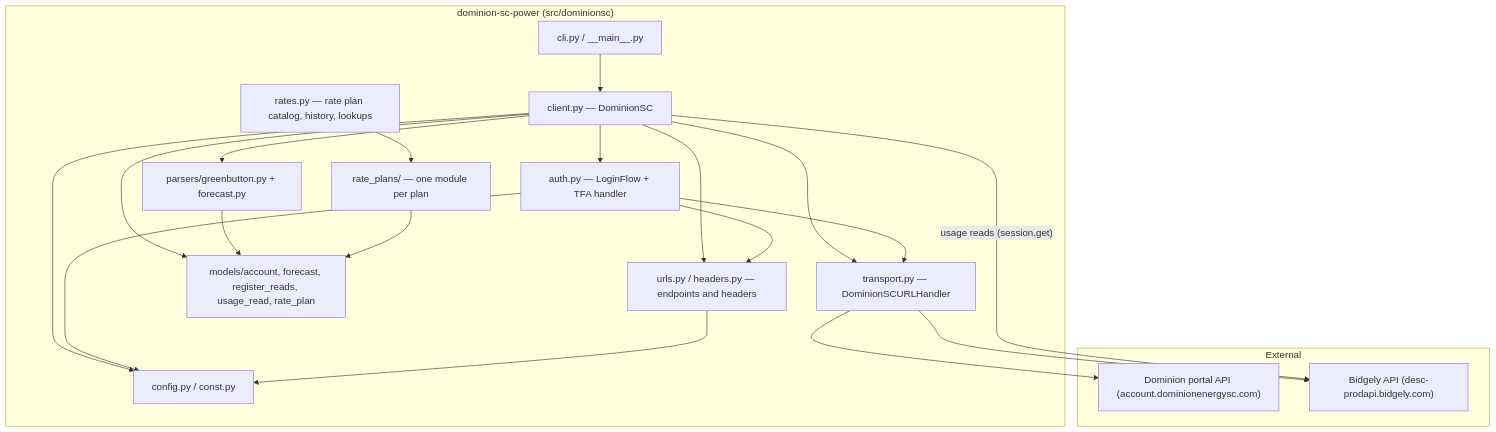
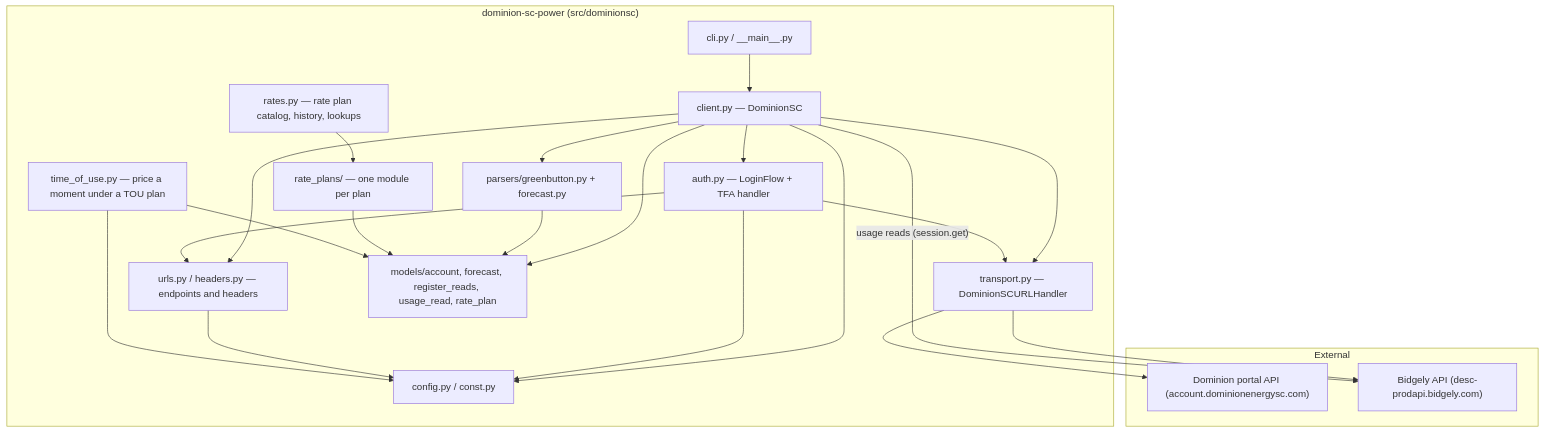
The diagram in docs/architecture/01-overview.md (hype8912/dominion-sc-power), drawn with Mermaid before and after one commit. The commit also changed other lines of this file and 9 other files, not shown here.

````diff
--- a/docs/architecture/01-overview.md
+++ b/docs/architecture/01-overview.md
@@ -19,39 +19,42 @@
 ```mermaid
 flowchart TB
     subgraph External
         Dominion_API["Dominion portal API (account.dominionenergysc.com)"]
         Bidgely_API["Bidgely API (desc-prodapi.bidgely.com)"]
     end
 
     subgraph Library["dominion-sc-power (src/dominionsc)"]
         CLI["cli.py / __main__.py"]
         Client["client.py — DominionSC"]
         Auth["auth.py — LoginFlow + TFA handler"]
         Transport["transport.py — DominionSCURLHandler"]
         URLs["urls.py / headers.py — endpoints and headers"]
         Parsers["parsers/greenbutton.py + forecast.py"]
         Models["models/account, forecast, register_reads, usage_read, rate_plan"]
         Config["config.py / const.py"]
         Rates["rates.py — rate plan catalog, history, lookups"]
         RatePlans["rate_plans/ — one module per plan"]
+        TOU["time_of_use.py — price a moment under a TOU plan"]
     end
 
     CLI --> Client
     Client --> Auth
     Client --> Transport
     Client --> URLs
     Client --> Parsers
     Client --> Models
     Client --> Config
     Auth --> Transport
     Auth --> URLs
     Auth --> Config
     URLs --> Config
     Parsers --> Models
     Rates --> RatePlans
     RatePlans --> Models
+    TOU --> Models
+    TOU --> Config
 
     Transport --> Dominion_API
     Transport --> Bidgely_API
     Client -->|"usage reads (session.get)"| Bidgely_API
 ```
````
